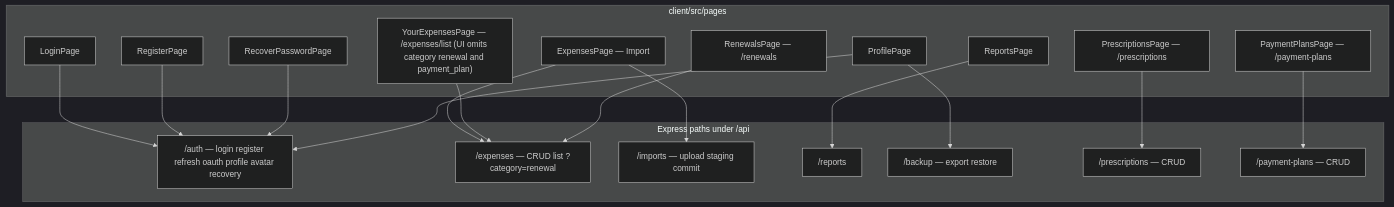
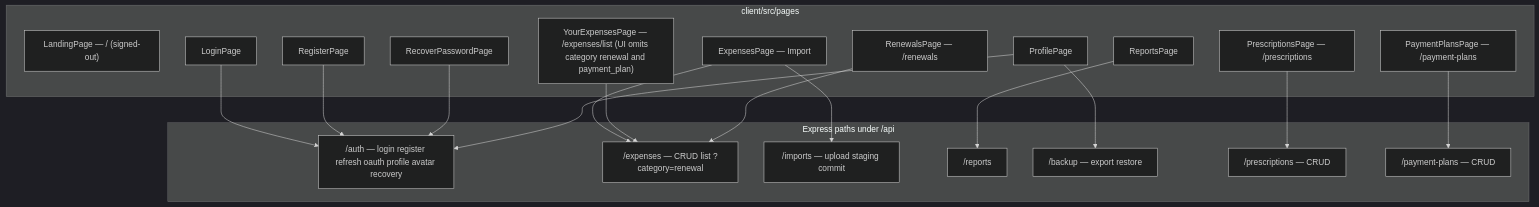
One commit to becomeonewiththecode/expense_tracker changed the eighth of 19 diagrams in docs/ARCHITECTURE_DIAGRAM.md. Above: the diagram before and after it, drawn with Mermaid (dark theme). The commit also changed other lines of this file and 2 other files, not shown here.

First line of the commit message:
docs: align guides and diagrams with landing route behavior

````diff
--- a/docs/ARCHITECTURE_DIAGRAM.md
+++ b/docs/ARCHITECTURE_DIAGRAM.md
@@ -274,38 +276,39 @@
 ```mermaid
 flowchart TB
   subgraph pages [client/src/pages]
+    MKT["LandingPage — / (signed-out)"]
     LP[LoginPage]
     RP[RegisterPage]
     Rcv[RecoverPasswordPage]
     EP[ExpensesPage — Import]
     YEP["YourExpensesPage — /expenses/list (UI omits category renewal and payment_plan)"]
     NRP[RenewalsPage — /renewals]
     PSP[PrescriptionsPage — /prescriptions]
     PPP[PaymentPlansPage — /payment-plans]
     RPg[ReportsPage]
     PP[ProfilePage]
   end
 
   subgraph api [Express paths under /api]
     A1["/auth — login register refresh oauth profile avatar recovery"]
     A2["/expenses — CRUD list ?category=renewal"]
     A3["/imports — upload staging commit"]
     A4["/reports"]
     A5["/backup — export restore"]
     A6["/prescriptions — CRUD"]
     A7["/payment-plans — CRUD"]
   end
 
   LP --> A1
   RP --> A1
   Rcv --> A1
   PP --> A1
   PP --> A5
   EP --> A3
   EP --> A2
   YEP --> A2
   NRP --> A2
   PSP --> A6
   PPP --> A7
   RPg --> A4
 ```
````
